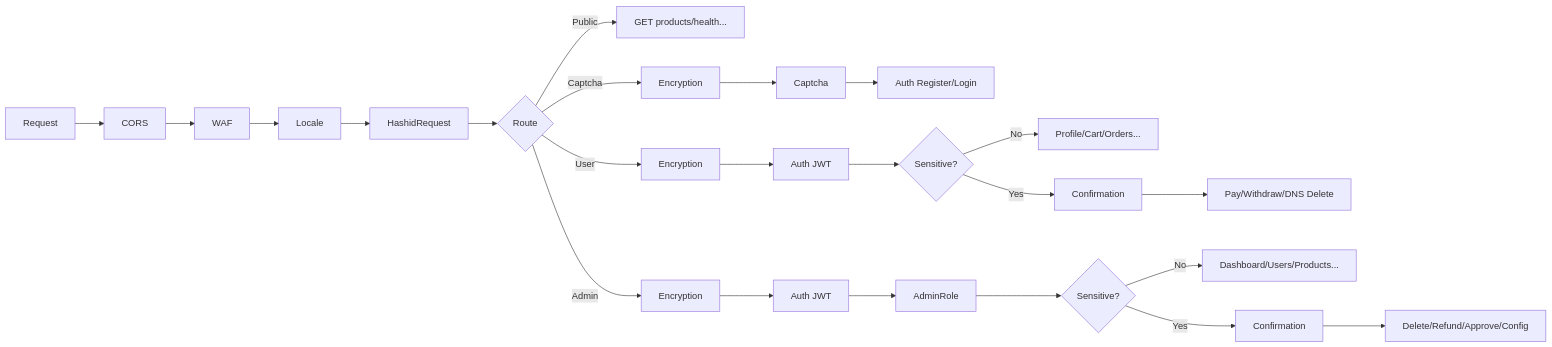
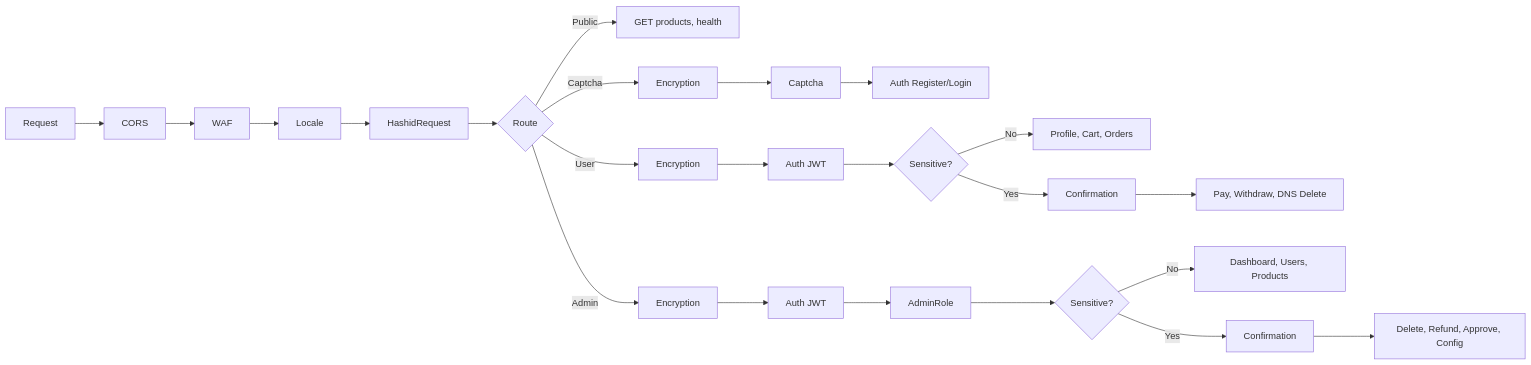
The second of 2 diagrams in README_EN.md (erikwang2013/cloud), drawn with Mermaid before and after one commit. The commit also changed other lines of this file and 2 other files, not shown here.

````diff
--- a/README_EN.md
+++ b/README_EN.md
@@ -414,28 +414,28 @@
 ```mermaid
 flowchart LR
     REQ["Request"] --> CORS["CORS"]
     CORS --> WAF["WAF"]
     WAF --> LOCALE["Locale"]
     LOCALE --> HASHID["HashidRequest"]
     HASHID --> ROUTE{"Route"}
 
-    ROUTE -->|"Public"| PUB["GET products/health..."]
-    ROUTE -->|"Captcha"| ENC1["Encryption"]
+    ROUTE -->|Public| PUB["GET products, health"]
+    ROUTE -->|Captcha| ENC1["Encryption"]
     ENC1 --> CAP["Captcha"]
     CAP --> AUTH_REG["Auth Register/Login"]
 
-    ROUTE -->|"User"| ENC2["Encryption"]
+    ROUTE -->|User| ENC2["Encryption"]
     ENC2 --> AUTH2["Auth JWT"]
     AUTH2 --> SAFE{"Sensitive?"}
-    SAFE -->|"No"| USER["Profile/Cart/Orders..."]
-    SAFE -->|"Yes"| CONF1["Confirmation"]
-    CONF1 --> USER_SEN["Pay/Withdraw/DNS Delete"]
+    SAFE -->|No| USER["Profile, Cart, Orders"]
+    SAFE -->|Yes| CONF1["Confirmation"]
+    CONF1 --> USER_SEN["Pay, Withdraw, DNS Delete"]
 
-    ROUTE -->|"Admin"| ENC3["Encryption"]
+    ROUTE -->|Admin| ENC3["Encryption"]
     ENC3 --> AUTH3["Auth JWT"]
     AUTH3 --> ROLE["AdminRole"]
     ROLE --> SAFE2{"Sensitive?"}
-    SAFE2 -->|"No"| ADMIN["Dashboard/Users/Products..."]
-    SAFE2 -->|"Yes"| CONF2["Confirmation"]
-    CONF2 --> ADMIN_SEN["Delete/Refund/Approve/Config"]
+    SAFE2 -->|No| ADMIN["Dashboard, Users, Products"]
+    SAFE2 -->|Yes| CONF2["Confirmation"]
+    CONF2 --> ADMIN_SEN["Delete, Refund, Approve, Config"]
 ```
````
